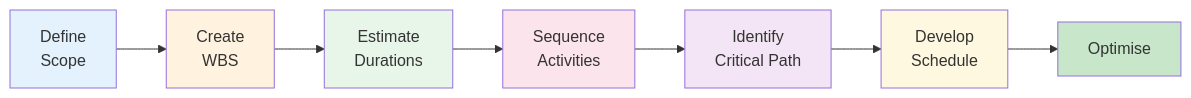
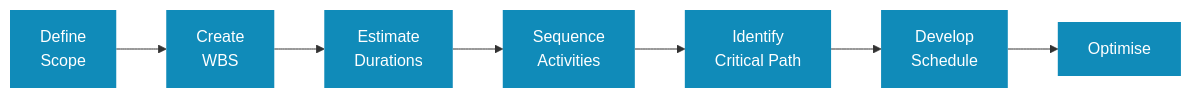
Before and after one commit to kevinmcaleer/kevstemplates.com: the diagram in _pages/planning/index.md, drawn with Mermaid. The commit also changed 72 other files, not shown here.

```diff
--- a/_pages/planning/index.md
+++ b/_pages/planning/index.md
@@ -20,17 +20,12 @@
 <div class="mermaid">
 flowchart LR
     SC[Define\nScope] --> WBS[Create\nWBS]
     WBS --> EST[Estimate\nDurations]
     EST --> SEQ[Sequence\nActivities]
     SEQ --> CPM[Identify\nCritical Path]
     CPM --> SCH[Develop\nSchedule]
     SCH --> OPT[Optimise]
 
-    style SC fill:#e3f2fd
-    style WBS fill:#fff3e0
-    style EST fill:#e8f5e9
-    style SEQ fill:#fce4ec
-    style CPM fill:#f3e5f5
-    style SCH fill:#fff8e1
-    style OPT fill:#c8e6c9
+    classDef blue fill:#108BB9,stroke:none,color:#fff
+    class SC,WBS,EST,SEQ,CPM,SCH,OPT blue
 </div>
```
